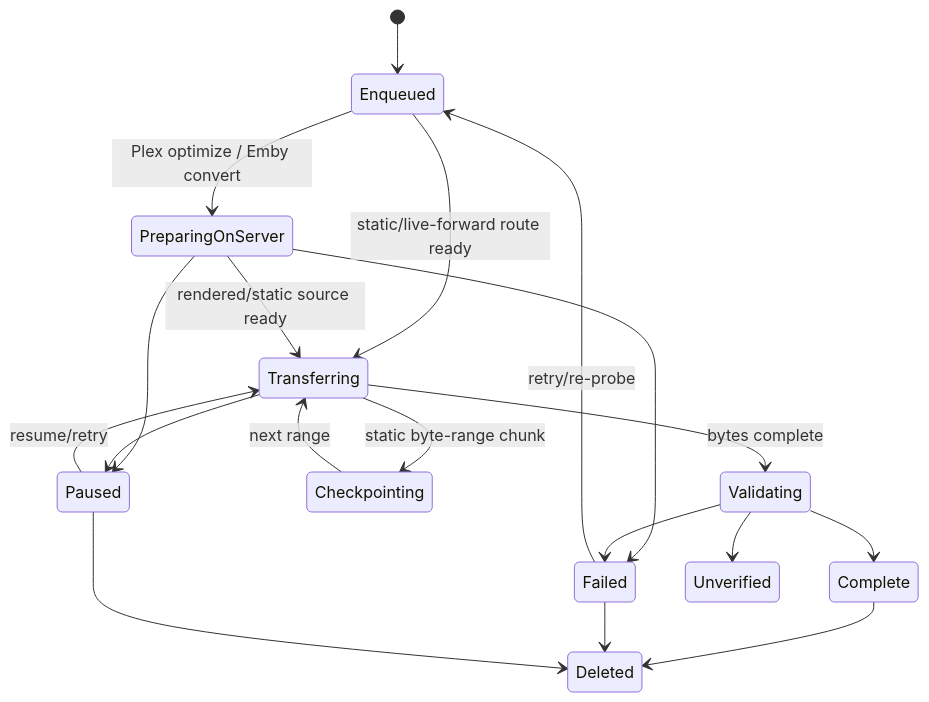
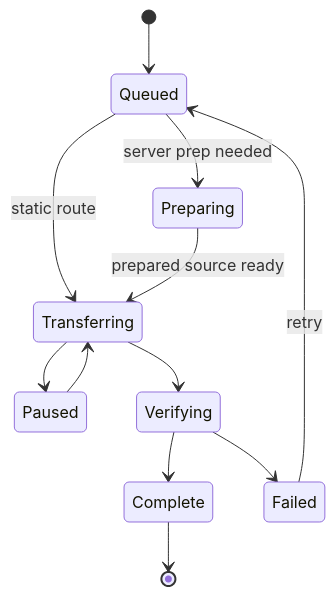
One commit to jlipworth/Labstream changed the second of 2 diagrams in docs/DOWNLOADS-OFFLINE.md. Above: the diagram before and after it, drawn with Mermaid. The commit also changed other lines of this file and 20 other files, not shown here.

````diff
--- a/docs/DOWNLOADS-OFFLINE.md
+++ b/docs/DOWNLOADS-OFFLINE.md
@@ -119,25 +38,14 @@
 ```mermaid
 stateDiagram-v2
-  [*] --> Enqueued
-  Enqueued --> PreparingOnServer: Plex optimize / Emby convert
-  Enqueued --> Transferring: static/live-forward route ready
-
-  PreparingOnServer --> Transferring: rendered/static source ready
-  PreparingOnServer --> Paused
-  PreparingOnServer --> Failed
-
-  Transferring --> Checkpointing: static byte-range chunk
-  Checkpointing --> Transferring: next range
-  Transferring --> Validating: bytes complete
-  Validating --> Complete
-  Validating --> Unverified
-  Validating --> Failed
-
+  [*] --> Queued
+  Queued --> Preparing: server prep needed
+  Queued --> Transferring: static route
+  Preparing --> Transferring: prepared source ready
   Transferring --> Paused
-  Paused --> Transferring: resume/retry
-  Failed --> Enqueued: retry/re-probe
-
-  Complete --> Deleted
-  Failed --> Deleted
-  Paused --> Deleted
+  Paused --> Transferring
+  Transferring --> Verifying
+  Verifying --> Complete
+  Verifying --> Failed
+  Failed --> Queued: retry
+  Complete --> [*]
 ```
````
